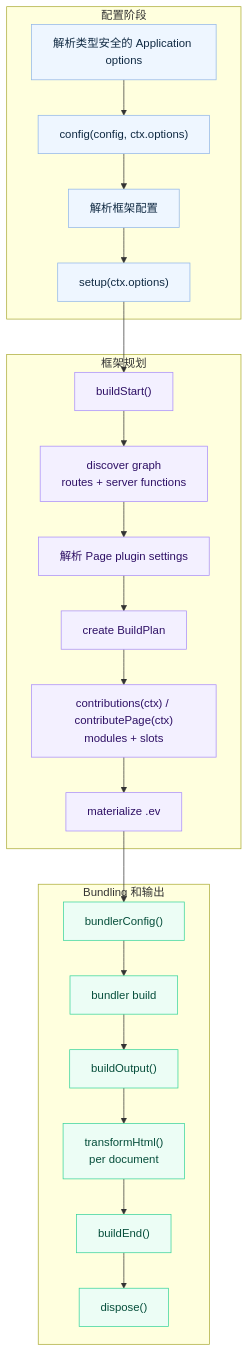
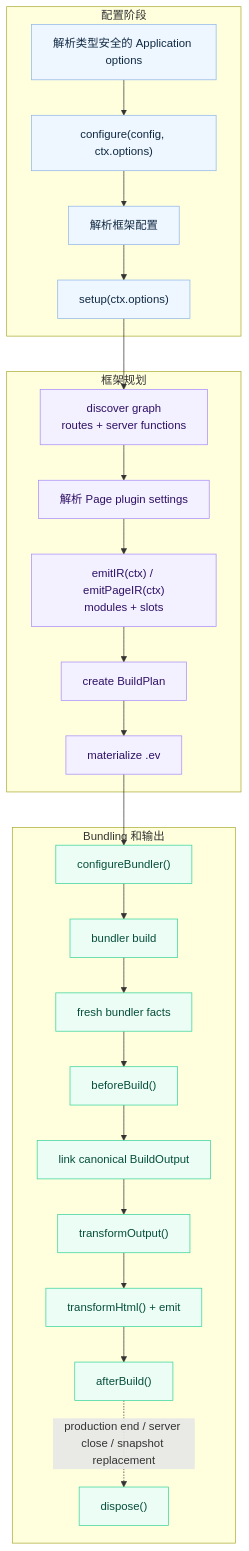
One commit to afx-team/evjs changed the diagram in docs/i18n/zh-Hans/docusaurus-plugin-content-docs/current/plugin-hooks.md. Above: the diagram before and after it, drawn with Mermaid. The commit also changed other lines of this file and 228 other files, not shown here.

````diff
--- a/docs/i18n/zh-Hans/docusaurus-plugin-content-docs/current/plugin-hooks.md
+++ b/docs/i18n/zh-Hans/docusaurus-plugin-content-docs/current/plugin-hooks.md
@@ -9,38 +9,41 @@
 ```mermaid
 flowchart TB
   subgraph Configure["配置阶段"]
     AppOptions["解析类型安全的 Application options"]
-    Config["config(config, ctx.options)"]
+    Config["configure(config, ctx.options)"]
     Resolve["解析框架配置"]
     Setup["setup(ctx.options)"]
   end
 
   subgraph Plan["框架规划"]
-    BuildStart["buildStart()"]
     Graph["discover graph\nroutes + server functions"]
     PageSettings["解析 Page plugin settings"]
+    Contributions["emitIR(ctx) / emitPageIR(ctx)\nmodules + slots"]
     BuildPlan["create BuildPlan"]
-    Contributions["contributions(ctx) / contributePage(ctx)\nmodules + slots"]
     IR["materialize .ev"]
   end
 
   subgraph Build["Bundling 和输出"]
-    BundlerConfig["bundlerConfig()"]
+    BundlerConfig["configureBundler()"]
     Bundler["bundler build"]
-    BuildOutput["buildOutput()"]
-    HTML["transformHtml()\nper document"]
-    BuildEnd["buildEnd()"]
+    Facts["fresh bundler facts"]
+    BuildStart["beforeBuild()"]
+    Link["link canonical BuildOutput"]
+    BuildOutput["transformOutput()"]
+    HTML["transformHtml() + emit"]
+    BuildEnd["afterBuild()"]
     Dispose["dispose()"]
   end
 
-  AppOptions --> Config --> Resolve --> Setup --> BuildStart --> Graph --> PageSettings --> BuildPlan
-  BuildPlan --> Contributions --> IR --> BundlerConfig --> Bundler
-  Bundler --> BuildOutput --> HTML --> BuildEnd --> Dispose
+  AppOptions --> Config --> Resolve --> Setup --> Graph --> PageSettings --> Contributions --> BuildPlan
+  BuildPlan --> IR --> BundlerConfig --> Bundler --> Facts --> BuildStart --> Link
+  Link --> BuildOutput --> HTML --> BuildEnd
+  BuildEnd -. production end / server close / snapshot replacement .-> Dispose
 
   classDef config fill:#eef6ff,stroke:#8fb5e8,color:#102a43;
   classDef plan fill:#f3f0ff,stroke:#a78bfa,color:#2e1065;
   classDef build fill:#ecfdf5,stroke:#34d399,color:#064e3b;
   class AppOptions,Config,Resolve,Setup config;
-  class BuildStart,Graph,PageSettings,BuildPlan,Contributions,IR plan;
-  class BundlerConfig,Bundler,BuildOutput,HTML,BuildEnd,Dispose build;
+  class Graph,PageSettings,BuildPlan,Contributions,IR plan;
+  class BundlerConfig,Bundler,Facts,BuildStart,Link,BuildOutput,HTML,BuildEnd,Dispose build;
 ```
````
